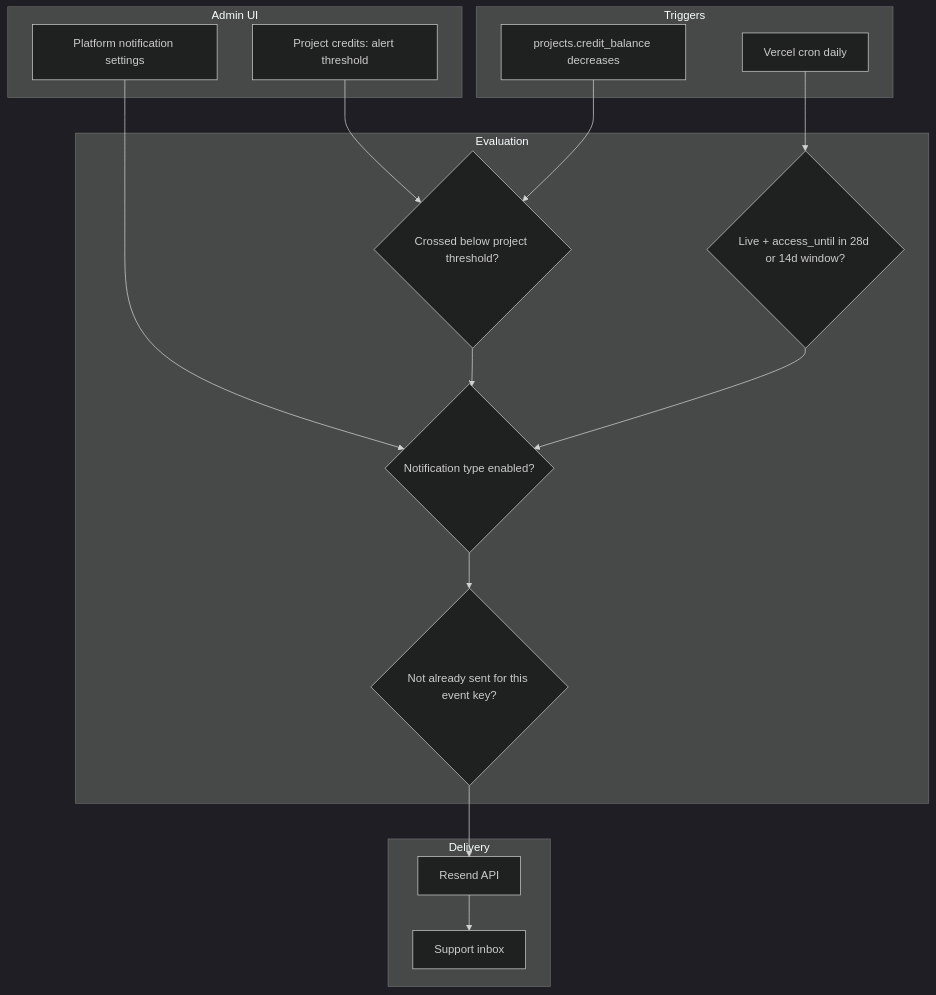
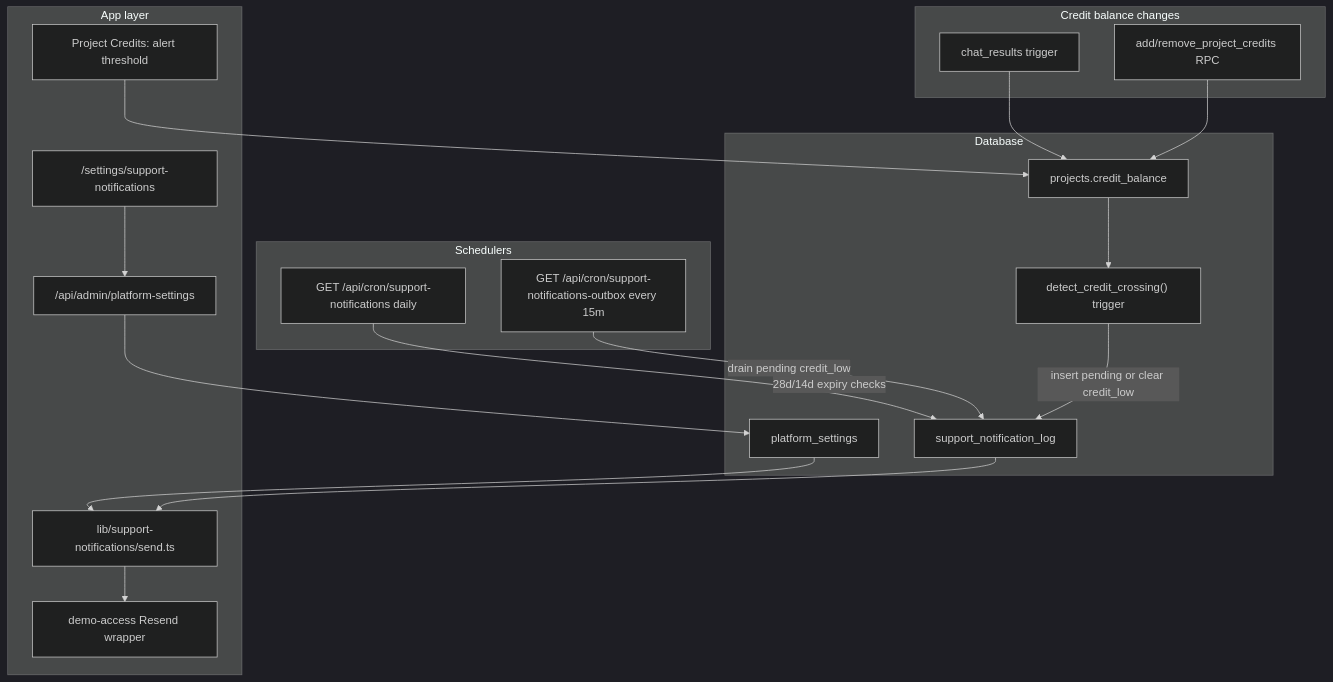
The diagram in .cursor/plans/disrupt_support_email_estimate_be9bd6f6.plan.md (RoyAlnashef/smartarse), drawn with Mermaid (dark theme) before and after one commit. The commit also changed other lines of this file and 35 other files, not shown here.

First line of the commit message:
Add Disrupt support inbox notifications for credits and access expiry.

````diff
--- a/.cursor/plans/disrupt_support_email_estimate_be9bd6f6.plan.md
+++ b/.cursor/plans/disrupt_support_email_estimate_be9bd6f6.plan.md
@@ -61,33 +75,39 @@
 ```mermaid
 flowchart TB
-  subgraph triggers [Triggers]
-    CreditUpdate[projects.credit_balance decreases]
-    DailyCron[Vercel cron daily]
+  subgraph creditPaths [Credit balance changes]
+    ChatTrigger["chat_results trigger"]
+    AdminRPC["add/remove_project_credits RPC"]
   end
 
-  subgraph eval [Evaluation]
-    CreditCheck{Crossed below project threshold?}
-    ExpiryCheck{Live + access_until in 28d or 14d window?}
-    ToggleCheck{Notification type enabled?}
-    Dedupe{Not already sent for this event key?}
+  subgraph dbLayer [Database]
+    ProjectsTable[projects.credit_balance]
+    CrossingFn["detect_credit_crossing() trigger"]
+    LogTable[support_notification_log]
+    PlatformSettings[platform_settings]
   end
 
-  subgraph delivery [Delivery]
-    Resend[Resend API]
-    Inbox[Support inbox]
+  subgraph schedulers [Schedulers]
+    SupportCron["GET /api/cron/support-notifications daily"]
+    OutboxCron["GET /api/cron/support-notifications-outbox every 15m"]
   end
 
-  subgraph admin [Admin UI]
-    PlatformSettings[Platform notification settings]
-    ProjectSettings[Project credits: alert threshold]
+  subgraph appLayer [App layer]
+    SendHelper["lib/support-notifications/send.ts"]
+    ResendReuse["demo-access Resend wrapper"]
+    AdminAPI["/api/admin/platform-settings"]
+    AdminUI["/settings/support-notifications"]
+    ProjUI["Project Credits: alert threshold"]
   end
 
-  CreditUpdate --> CreditCheck
-  DailyCron --> ExpiryCheck
-  CreditCheck --> ToggleCheck
-  ExpiryCheck --> ToggleCheck
-  ToggleCheck --> Dedupe
-  Dedupe --> Resend --> Inbox
-  PlatformSettings --> ToggleCheck
-  ProjectSettings --> CreditCheck
+  ChatTrigger --> ProjectsTable
+  AdminRPC --> ProjectsTable
+  ProjectsTable --> CrossingFn
+  CrossingFn -->|"insert pending or clear credit_low"| LogTable
+  SupportCron -->|"28d/14d expiry checks"| LogTable
+  OutboxCron -->|"drain pending credit_low"| LogTable
+  LogTable --> SendHelper --> ResendReuse
+  AdminAPI --> PlatformSettings
+  AdminUI --> AdminAPI
+  ProjUI --> ProjectsTable
+  PlatformSettings --> SendHelper
 ```
````
